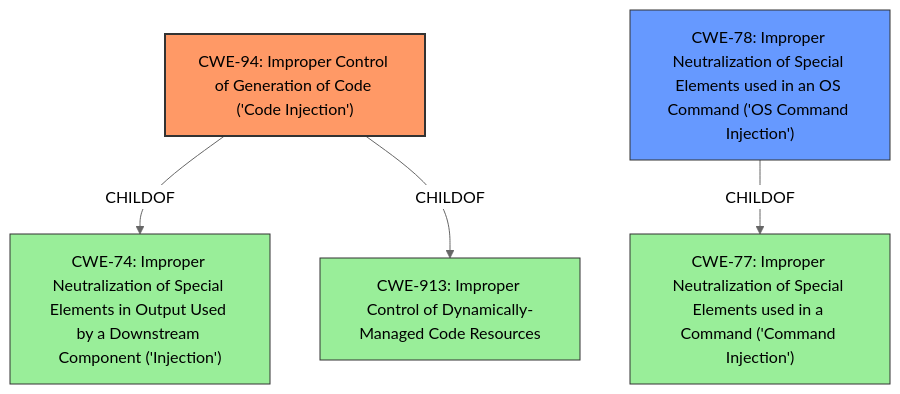
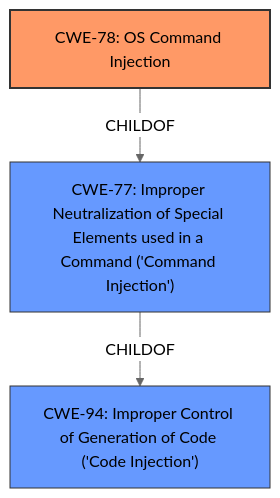
The diagram in CVE-2024-10035/CVE-2024-10035_analysis.md (CyberSecAI/cwe_assign_reports_top25_2025), drawn with Mermaid (neutral theme) before and after one commit. The commit also changed other lines of this file and 390 other files, not shown here.

````diff
--- a/CVE-2024-10035/CVE-2024-10035_analysis.md
+++ b/CVE-2024-10035/CVE-2024-10035_analysis.md
@@ -17,19 +19,12 @@
 ```mermaid
 graph TD
+    cwe78["CWE-78: OS Command Injection"]
+    cwe77["CWE-77: Improper Neutralization of Special Elements used in a Command ('Command Injection')"]
     cwe94["CWE-94: Improper Control of Generation of Code ('Code Injection')"]
-    cwe78["CWE-78: Improper Neutralization of Special Elements used in an OS Command ('OS Command Injection')"]
-    cwe77["CWE-77: Improper Neutralization of Special Elements used in a Command ('Command Injection')"]
-    cwe74["CWE-74: Improper Neutralization of Special Elements in Output Used by a Downstream Component ('Injection')"]
-    cwe913["CWE-913: Improper Control of Dynamically-Managed Code Resources"]
-    
-    cwe78 -->|CHILDOF| cwe77
-    cwe94 -->|CHILDOF| cwe74
-    cwe94 -->|CHILDOF| cwe913
-    
+    cwe78 -- CHILDOF --> cwe77
+    cwe77 -- CHILDOF --> cwe94
     classDef primary fill:#f96,stroke:#333,stroke-width:2px
     classDef secondary fill:#69f,stroke:#333
-    classDef tertiary fill:#9e9,stroke:#333
-    class cwe94 primary
-    class cwe78 secondary
-    class cwe77,cwe74,cwe913 tertiary
+    class cwe78 primary
+    class cwe77,cwe94 secondary
 ```
````
